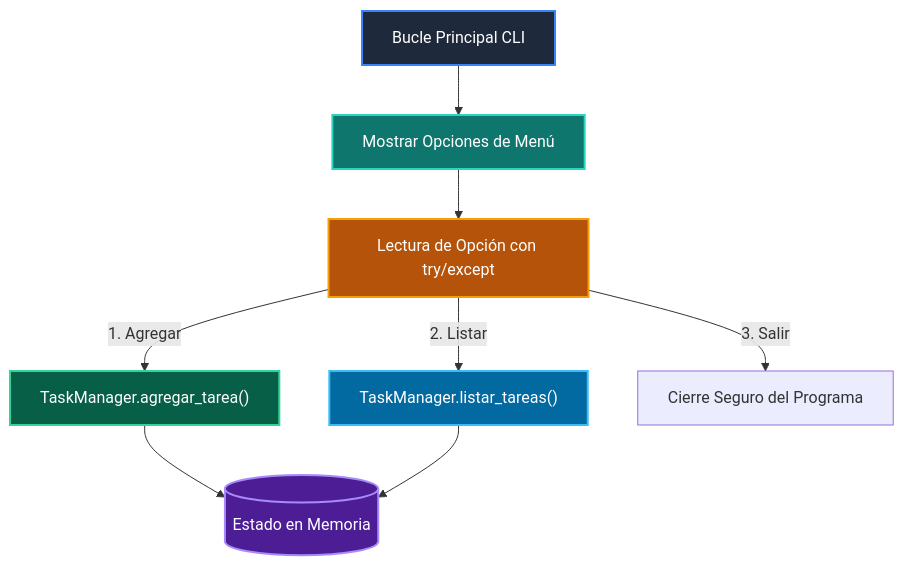
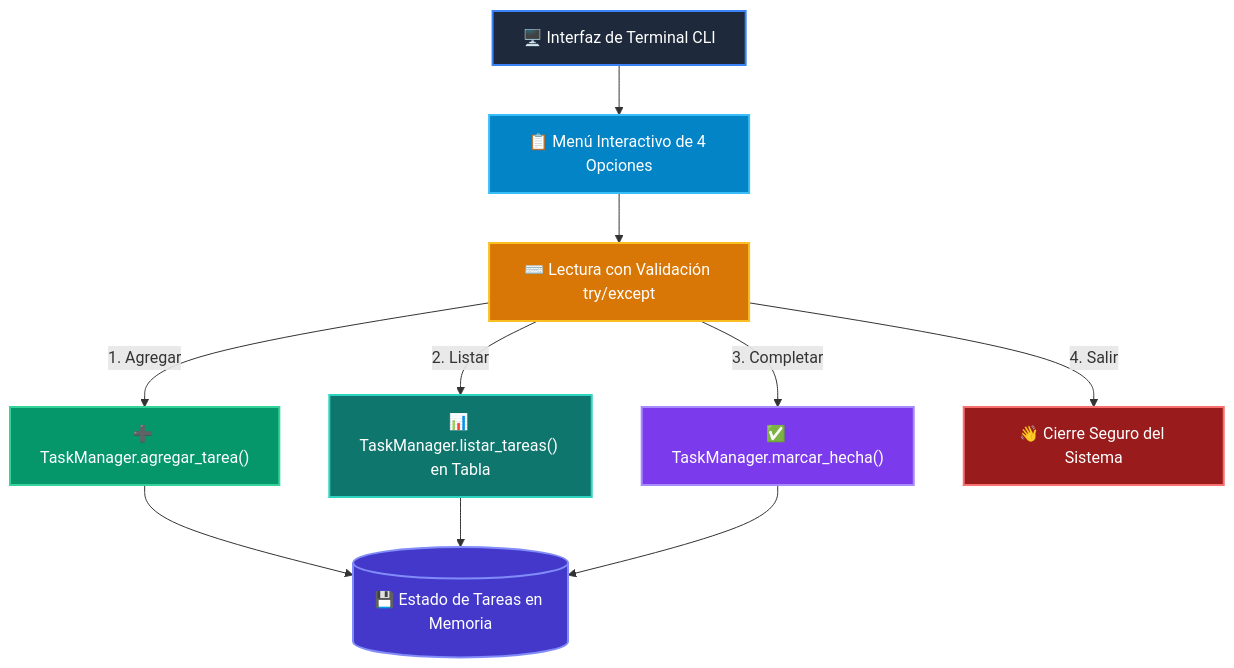
One commit to wisrovi/wisrovi-python changed the diagram in 01-fundamentos-python/clase-08-proyecto-integrador-basico/README.md. Above: the diagram before and after it, drawn with Mermaid. The commit also changed other lines of this file and 54 other files, not shown here.

Commit message:
refactor: clean repository root by moving maintenance scripts to scripts/ and restore rich high-contrast Mermaid diagrams for all classes and examples

````diff
--- a/01-fundamentos-python/clase-08-proyecto-integrador-basico/README.md
+++ b/01-fundamentos-python/clase-08-proyecto-integrador-basico/README.md
@@ -12,17 +12,21 @@
 ```mermaid
 flowchart TD
-    CLI["Bucle Principal CLI"] --> MENU["Mostrar Opciones de Menú"]
-    MENU --> IN["Lectura de Opción con try/except"]
-    IN -->|1. Agregar| TM_ADD["TaskManager.agregar_tarea()"]
-    IN -->|2. Listar| TM_LST["TaskManager.listar_tareas()"]
-    IN -->|3. Salir| TM_EXT["Cierre Seguro del Programa"]
-    TM_ADD --> STATE[("Estado en Memoria")]
-    TM_LST --> STATE
+    CLI["🖥️ Interfaz de Terminal CLI"] --> MENU["📋 Menú Interactivo de 4 Opciones"]
+    MENU --> READ["⌨️ Lectura con Validación try/except"]
+    READ -->|1. Agregar| ADD["➕ TaskManager.agregar_tarea()"]
+    READ -->|2. Listar| LST["📊 TaskManager.listar_tareas() en Tabla"]
+    READ -->|3. Completar| CMP["✅ TaskManager.marcar_hecha()"]
+    READ -->|4. Salir| EXT["👋 Cierre Seguro del Sistema"]
+    ADD --> STATE[("💾 Estado de Tareas en Memoria")]
+    LST --> STATE
+    CMP --> STATE
 
-    style CLI fill:#1e293b,color:#fff,stroke:#3b82f6,stroke-width:2px
-    style MENU fill:#0f766e,color:#fff,stroke:#2dd4bf,stroke-width:2px
-    style IN fill:#b45309,color:#fff,stroke:#f59e0b,stroke-width:2px
-    style TM_ADD fill:#065f46,color:#fff,stroke:#34d399,stroke-width:2px
-    style TM_LST fill:#0369a1,color:#fff,stroke:#38bdf8,stroke-width:2px
-    style STATE fill:#4c1d95,color:#fff,stroke:#a78bfa,stroke-width:2px
+    style CLI fill:#1e293b,color:#ffffff,stroke:#3b82f6,stroke-width:2px
+    style MENU fill:#0284c7,color:#ffffff,stroke:#38bdf8,stroke-width:2px
+    style READ fill:#d97706,color:#ffffff,stroke:#fbbf24,stroke-width:2px
+    style ADD fill:#059669,color:#ffffff,stroke:#34d399,stroke-width:2px
+    style LST fill:#0f766e,color:#ffffff,stroke:#2dd4bf,stroke-width:2px
+    style CMP fill:#7c3aed,color:#ffffff,stroke:#a78bfa,stroke-width:2px
+    style EXT fill:#991b1b,color:#ffffff,stroke:#f87171,stroke-width:2px
+    style STATE fill:#4338ca,color:#ffffff,stroke:#818cf8,stroke-width:2px
 ```
````
